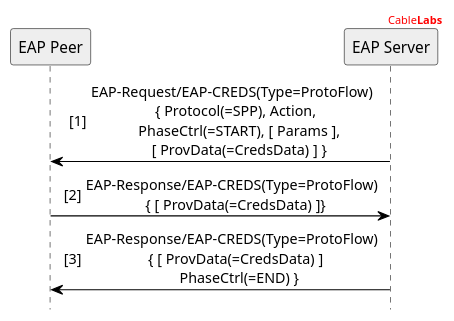
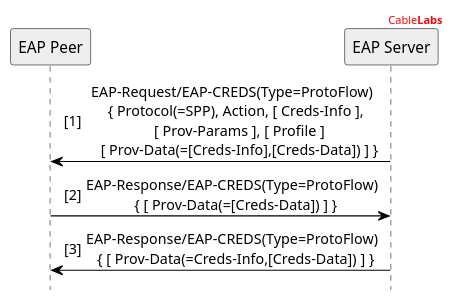
The diagram in UML/EAP-CREDS SPP Example - Registration - UsernamePassword.puml (openca/eap-creds), drawn with PlantUML before and after one commit. The commit also changed 6 other files, not shown here.

```diff
--- a/UML/EAP-CREDS SPP Example - Registration - UsernamePassword.puml
+++ b/UML/EAP-CREDS SPP Example - Registration - UsernamePassword.puml
@@ -2,36 +2,36 @@
 @startuml
 
 '' header information
 header
 <font color="red">Cable<b>Labs</b></font>
 endheader
 
 '' Use this to hide the foot boxes
 hide footbox
 
 skinparam sequenceMessageAlign center
 skinparam NoteBorderColor black
 '' skinparam BackgroundColor #ddd
 
 skinparam sequence {
 	borderColor black
 	ArrowColor black
 	ActorBorderColor black
 	ParticipantBorderColor black
 	LifeLineBorderColor black
 	LifeLineBackgroundColor white
 }
 
 '' Participants Declaration
 Participant "EAP Peer" as P #eee
 Participant "EAP Server" as S #eee
 
 autonumber 1 "[##]"
 
-S->P: EAP-Request/EAP-CREDS(Type=ProtoFlow)\n  { Protocol(=SPP), Action,\n    PhaseCtrl(=START), [ Params ],\n    [ ProvData(=CredsData) ] }
+S->P: EAP-Request/EAP-CREDS(Type=ProtoFlow)\n  { Protocol(=SPP), Action, [ Creds-Info ],\n    [ Prov-Params ], [ Profile ]\n    [ Prov-Data(=[Creds-Info],[Creds-Data]) ] }
 
-P->S: EAP-Response/EAP-CREDS(Type=ProtoFlow)\n  { [ ProvData(=CredsData) ]}
+P->S: EAP-Response/EAP-CREDS(Type=ProtoFlow)\n  { [ Prov-Data(=[Creds-Data]) ] }
 
-S->P: EAP-Response/EAP-CREDS(Type=ProtoFlow)\n  { [ ProvData(=CredsData) ]\n    PhaseCtrl(=END) }
+S->P: EAP-Response/EAP-CREDS(Type=ProtoFlow)\n  { [ Prov-Data(=Creds-Info,[Creds-Data]) ] }
 
 @enduml
```
